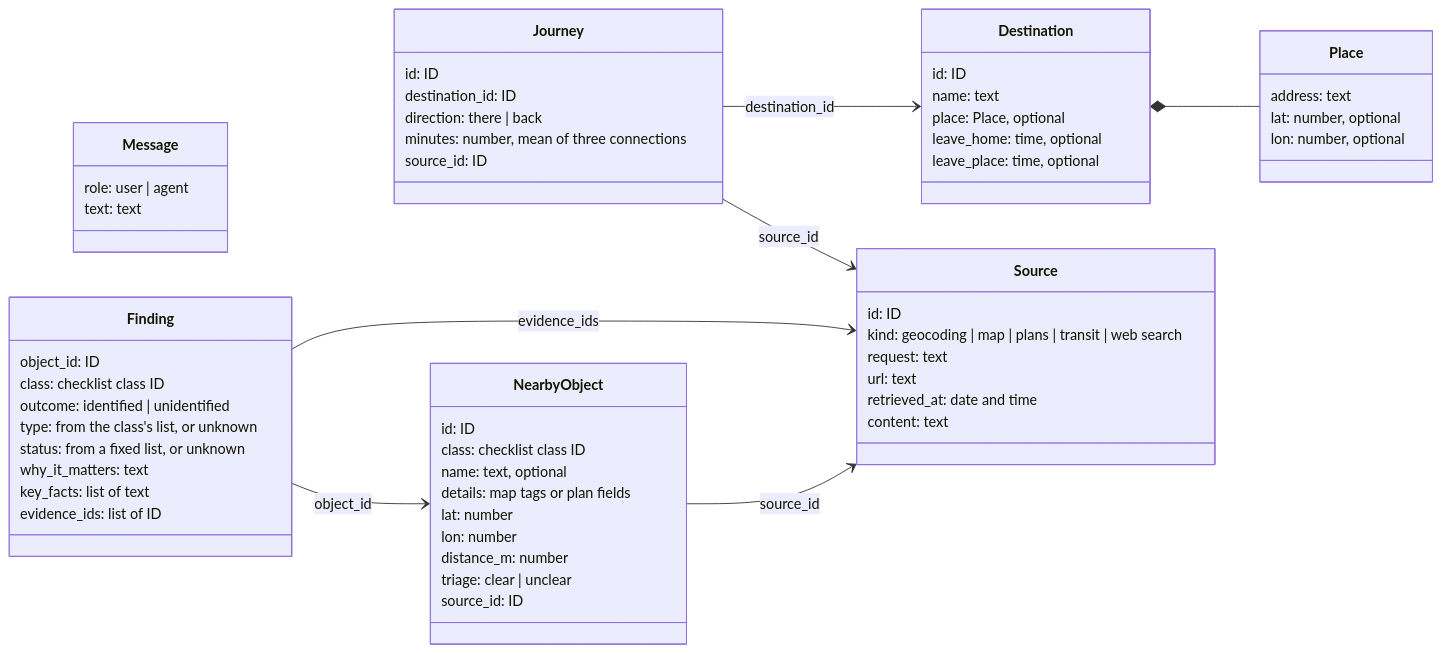
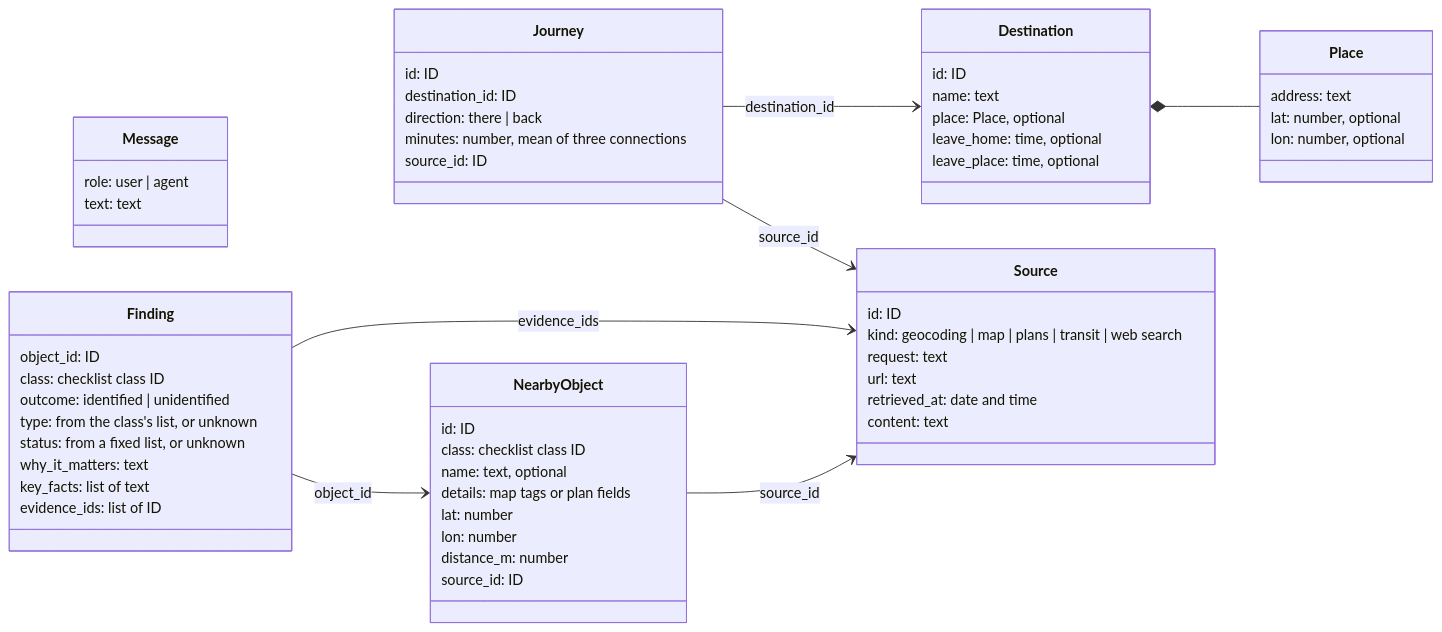
One commit to avashchenkov/out-of-frame changed the second of 2 diagrams in docs/architecture.md. Above: the diagram before and after it, drawn with Mermaid. The commit also changed other lines of this file, not shown here.

Commit message:
docs: append state lists and drop the triage field

````diff
--- a/docs/architecture.md
+++ b/docs/architecture.md
@@ -191,62 +191,61 @@
 ```mermaid
 classDiagram
     direction LR
     class Message {
         role: user | agent
         text: text
     }
     class Place {
         address: text
         lat: number, optional
         lon: number, optional
     }
     class Destination {
         id: ID
         name: text
         place: Place, optional
         leave_home: time, optional
         leave_place: time, optional
     }
     class Source {
         id: ID
         kind: geocoding | map | plans | transit | web search
         request: text
         url: text
         retrieved_at: date and time
         content: text
     }
     class NearbyObject {
         id: ID
         class: checklist class ID
         name: text, optional
         details: map tags or plan fields
         lat: number
         lon: number
         distance_m: number
-        triage: clear | unclear
         source_id: ID
     }
     class Finding {
         object_id: ID
         class: checklist class ID
         outcome: identified | unidentified
         type: from the class's list, or unknown
         status: from a fixed list, or unknown
         why_it_matters: text
         key_facts: list of text
         evidence_ids: list of ID
     }
     class Journey {
         id: ID
         destination_id: ID
         direction: there | back
         minutes: number, mean of three connections
         source_id: ID
     }
     Destination *-- Place
     NearbyObject --> Source : source_id
     Finding --> NearbyObject : object_id
     Finding --> Source : evidence_ids
     Journey --> Destination : destination_id
     Journey --> Source : source_id
 ```
````
